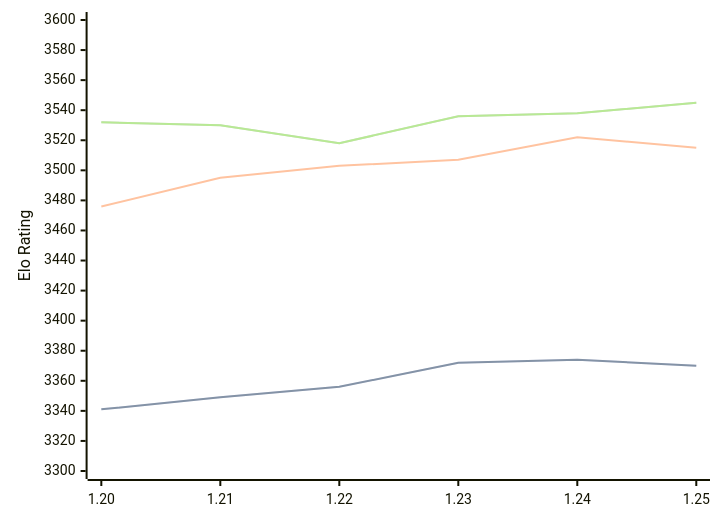
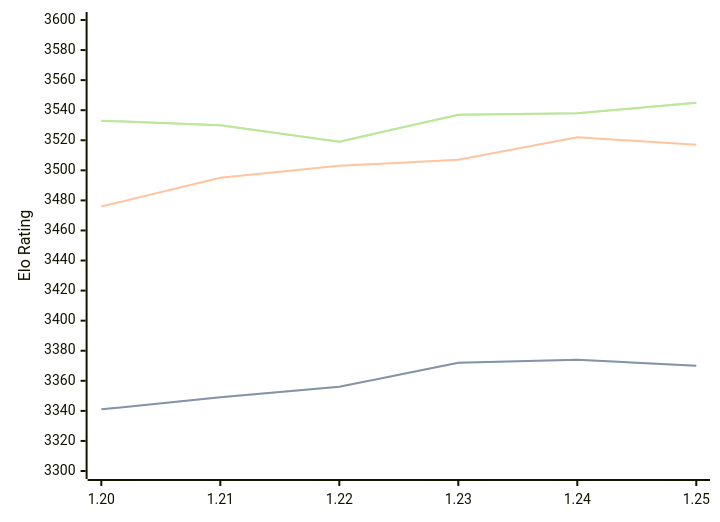
One commit to computer-chess-index/cci changed the first of 3 diagrams in engines/Caissa.md. Above: the diagram before and after it, drawn with Mermaid. The commit also changed other lines of this file, not shown here.

Commit message:
Update CCI Ratings (ELO VLTC) - 2026-07-17

````diff
--- a/engines/Caissa.md
+++ b/engines/Caissa.md
@@ -65,11 +65,11 @@
 ```mermaid
 %%{init: {"theme":"base","themeVariables":{"seriesColors:['#a3a3a3','#222221','#faa371']}}}%%
 xychart-beta
   x-axis ["1.20", "1.21", "1.22", "1.23", "1.24", "1.25"]
   y-axis "Elo Rating" 3300 --> 3600
   line "STC (8.0+0.08s)" [3341, 3349, 3356, 3372, 3374, 3370]
   line "STC (8.0+0.08s)" [3341, 3349, 3356, 3372, 3374, 3370]
-  line "LTC (60.0+0.60s)" [3476, 3495, 3503, 3507, 3522, 3515]
-  line "VLTC (2m24s+1.12s)" [3532, 3530, 3518, 3536, 3538, 3545]
-  line "VLTC (2m24s+1.12s)" [3532, 3530, 3518, 3536, 3538, 3545]
+  line "LTC (60.0+0.60s)" [3476, 3495, 3503, 3507, 3522, 3517]
+  line "VLTC (2m24s+1.12s)" [3533, 3530, 3519, 3537, 3538, 3545]
+  line "VLTC (2m24s+1.12s)" [3533, 3530, 3519, 3537, 3538, 3545]
 ```
````
